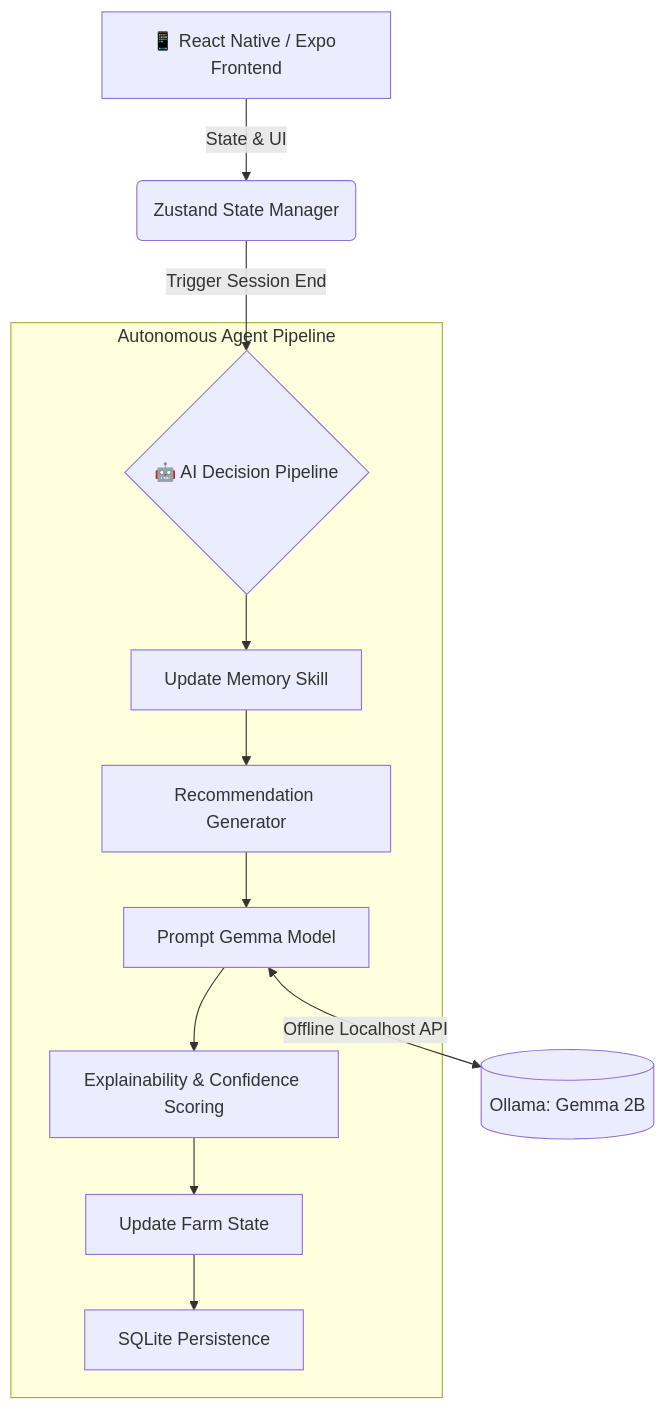
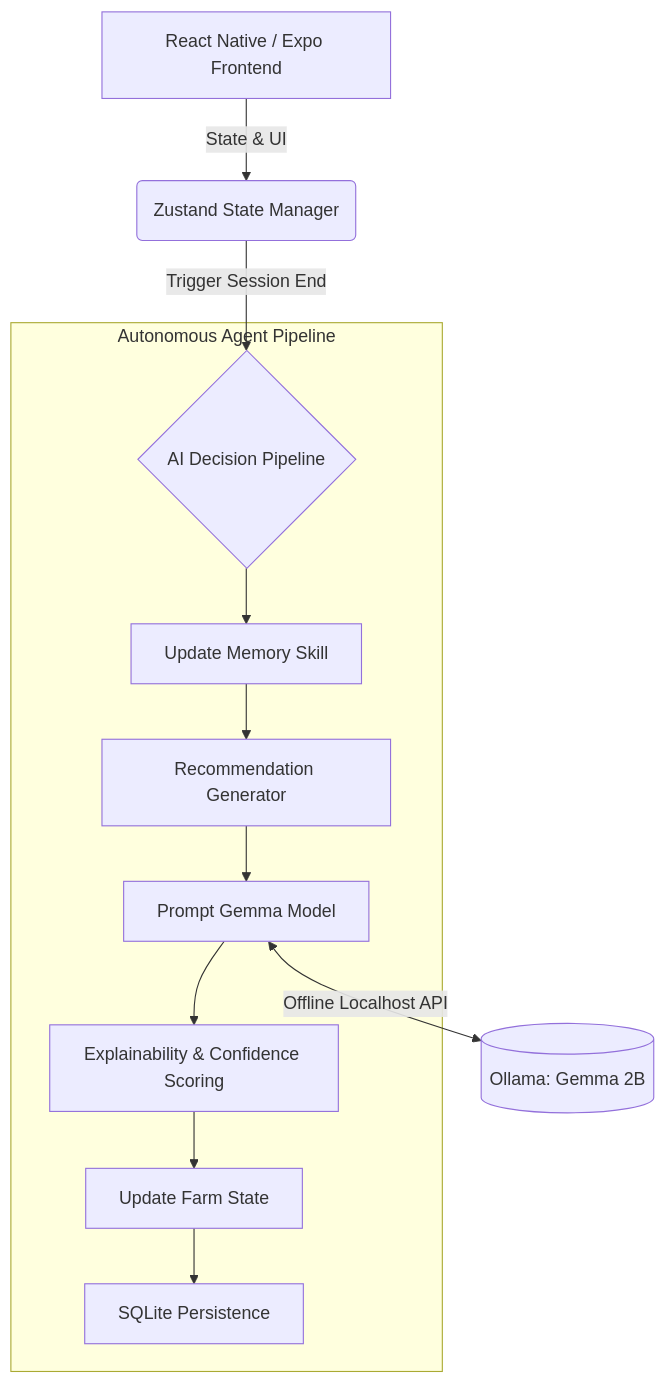
The diagram in README.md (AbdullahBalfaqih/Bloom-Mind), drawn with Mermaid before and after one commit. The commit also changed other lines of this file, not shown here.

Commit message:
docs: remove emojis from table and mermaid diagram

````diff
--- a/README.md
+++ b/README.md
@@ -39,16 +39,16 @@
 ```mermaid
 graph TD
-    A[📱 React Native / Expo Frontend] -->|State & UI| B(Zustand State Manager)
-    B -->|Trigger Session End| C{🤖 AI Decision Pipeline}
+    A[React Native / Expo Frontend] -->|State & UI| B(Zustand State Manager)
+    B -->|Trigger Session End| C{AI Decision Pipeline}
     
     subgraph Autonomous Agent Pipeline
     C --> D[Update Memory Skill]
     D --> E[Recommendation Generator]
     E --> F[Prompt Gemma Model]
     F --> G[Explainability & Confidence Scoring]
     G --> H[Update Farm State]
     H --> I[SQLite Persistence]
     end
 
     F <-->|Offline Localhost API| J[(Ollama: Gemma 2B)]
 ```
````
